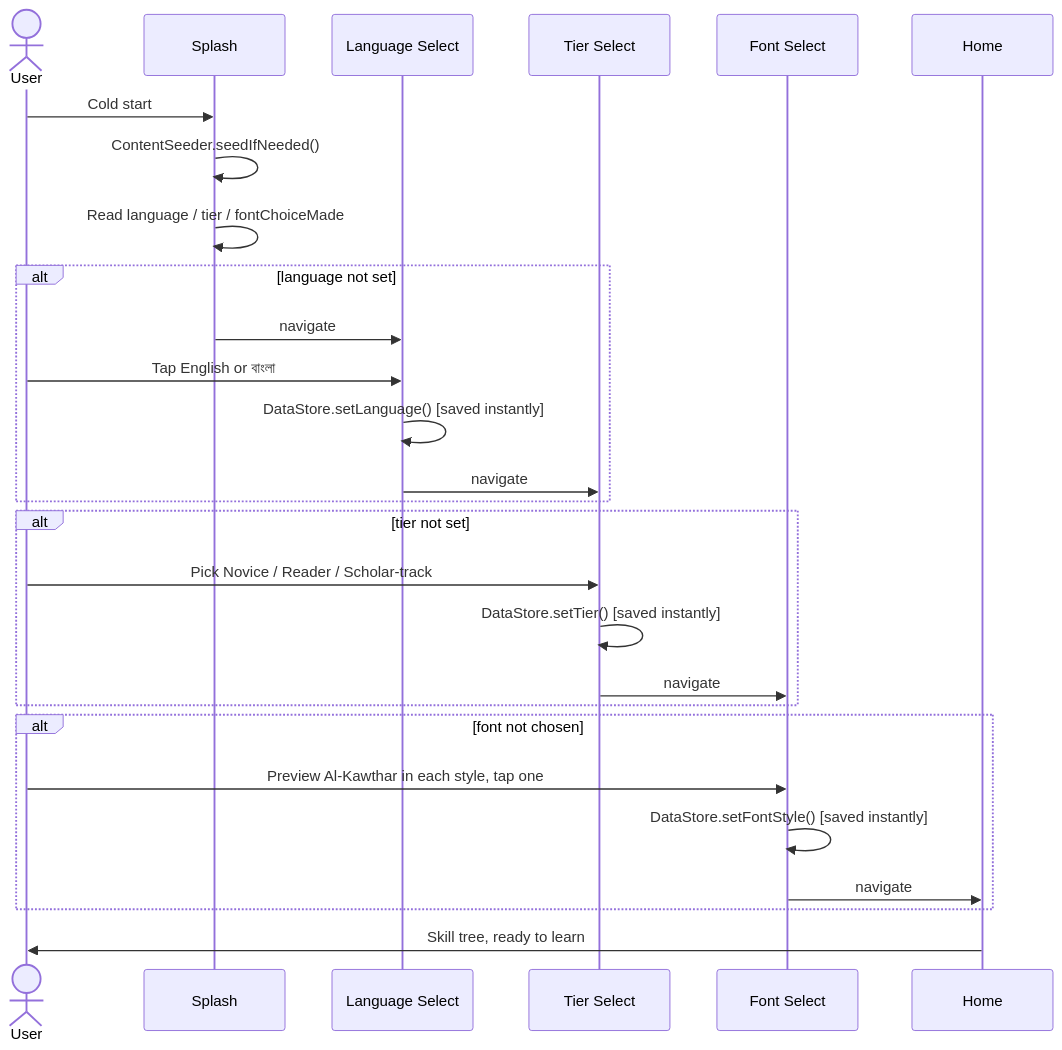
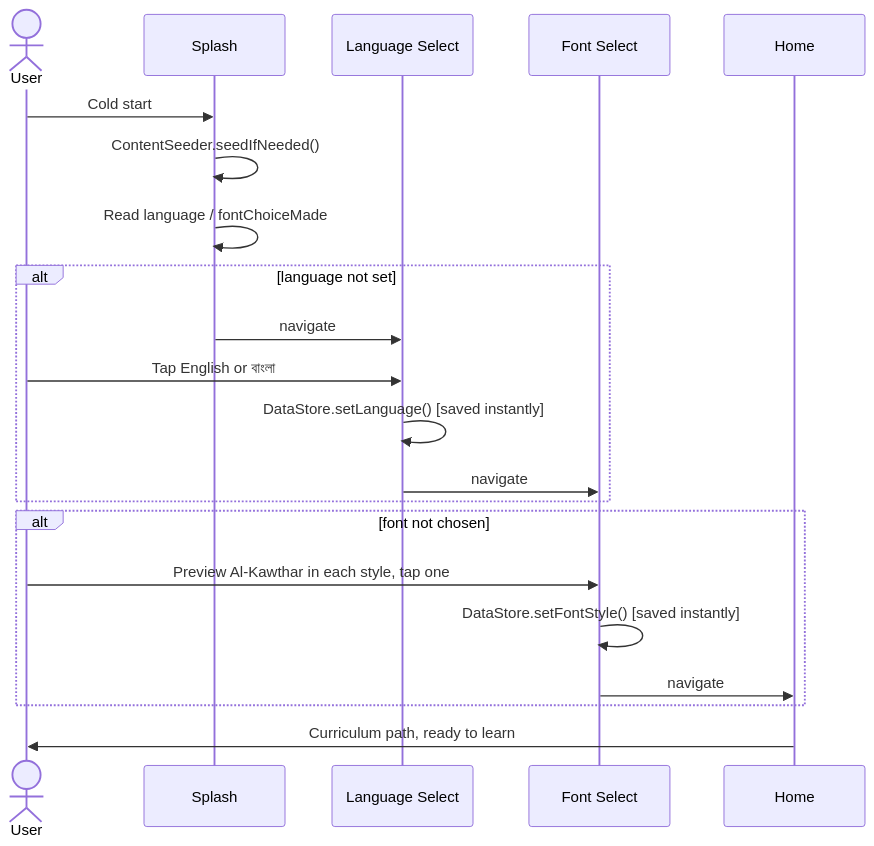
One commit to deanybytes/QuranicWords changed the first of 4 diagrams in docs/USER_FLOWS.md. Above: the diagram before and after it, drawn with Mermaid. The commit also changed other lines of this file and 44 other files, not shown here.

````diff
--- a/docs/USER_FLOWS.md
+++ b/docs/USER_FLOWS.md
@@ -9,30 +9,24 @@
 ```mermaid
 sequenceDiagram
     actor User
     participant Splash
     participant Lang as Language Select
-    participant Tier as Tier Select
     participant Font as Font Select
     participant Home
 
     User->>Splash: Cold start
     Splash->>Splash: ContentSeeder.seedIfNeeded()
-    Splash->>Splash: Read language / tier / fontChoiceMade
+    Splash->>Splash: Read language / fontChoiceMade
     alt language not set
         Splash->>Lang: navigate
         User->>Lang: Tap English or বাংলা
         Lang->>Lang: DataStore.setLanguage() [saved instantly]
-        Lang->>Tier: navigate
-    end
-    alt tier not set
-        User->>Tier: Pick Novice / Reader / Scholar-track
-        Tier->>Tier: DataStore.setTier() [saved instantly]
-        Tier->>Font: navigate
+        Lang->>Font: navigate
     end
     alt font not chosen
         User->>Font: Preview Al-Kawthar in each style, tap one
         Font->>Font: DataStore.setFontStyle() [saved instantly]
         Font->>Home: navigate
     end
-    Home->>User: Skill tree, ready to learn
+    Home->>User: Curriculum path, ready to learn
 ```
````
